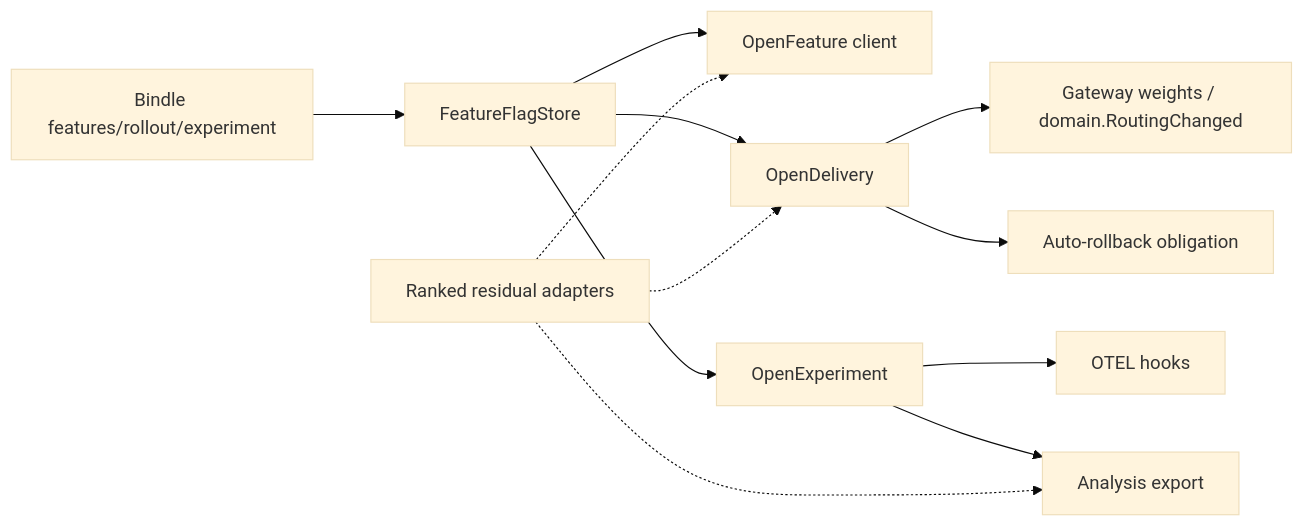
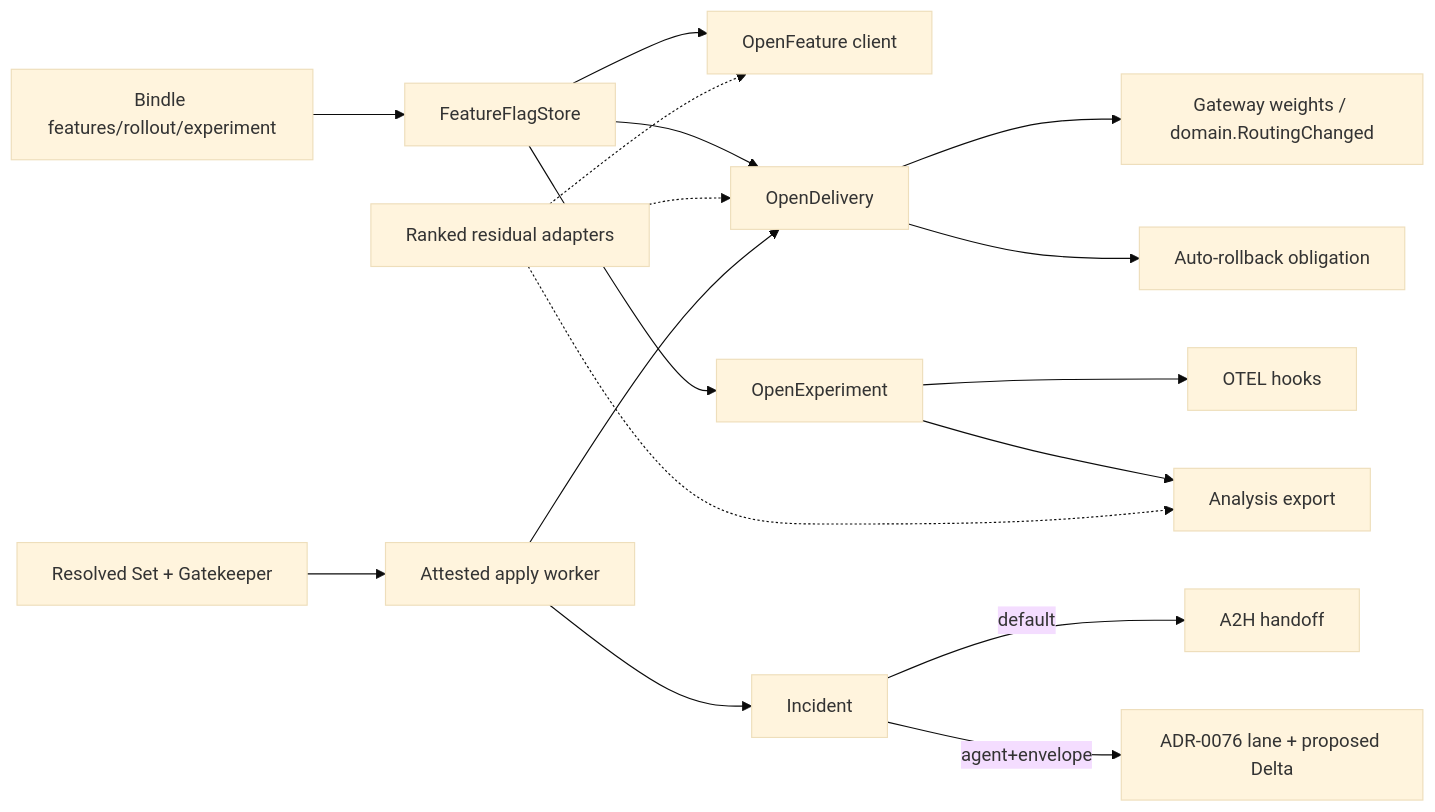
One commit to Tyler-R-Kendrick/HoBo changed the first of 2 diagrams in docs/design/adr/02-identity-security.md. Above: the diagram before and after it, drawn with Mermaid (base theme). The commit also changed other lines of this file and 30 other files, not shown here.

First line of the commit message:
feat(cloud): multi-cloud continuous delivery with workload-attested apply (#922)

````diff
--- a/docs/design/adr/02-identity-security.md
+++ b/docs/design/adr/02-identity-security.md
@@ -492,14 +494,19 @@
 ```mermaid
 flowchart LR
   B[Bindle features/rollout/experiment] --> S[FeatureFlagStore]
   S --> OF[OpenFeature client]
   S --> OD[OpenDelivery]
   S --> OE[OpenExperiment]
   OD --> GW[Gateway weights / domain.RoutingChanged]
   OD --> RB[Auto-rollback obligation]
   OE --> OTEL[OTEL hooks]
   OE --> AN[Analysis export]
   R[Ranked residual adapters] -.-> OF
   R -.-> OD
   R -.-> AN
+  SET[Resolved Set + Gatekeeper] --> AA[Attested apply worker]
+  AA --> OD
+  AA --> INC[Incident]
+  INC -->|default| A2H[A2H handoff]
+  INC -->|agent+envelope| LANE[ADR-0076 lane + proposed Delta]
 ```
````
